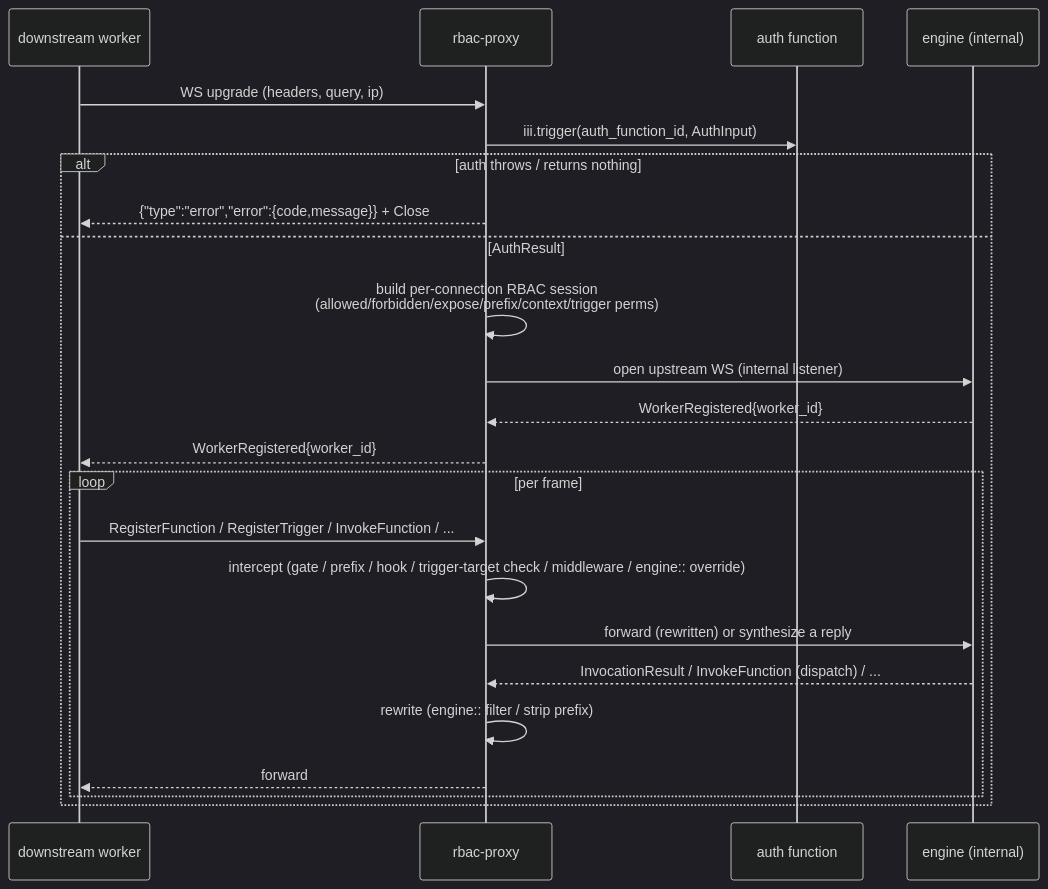
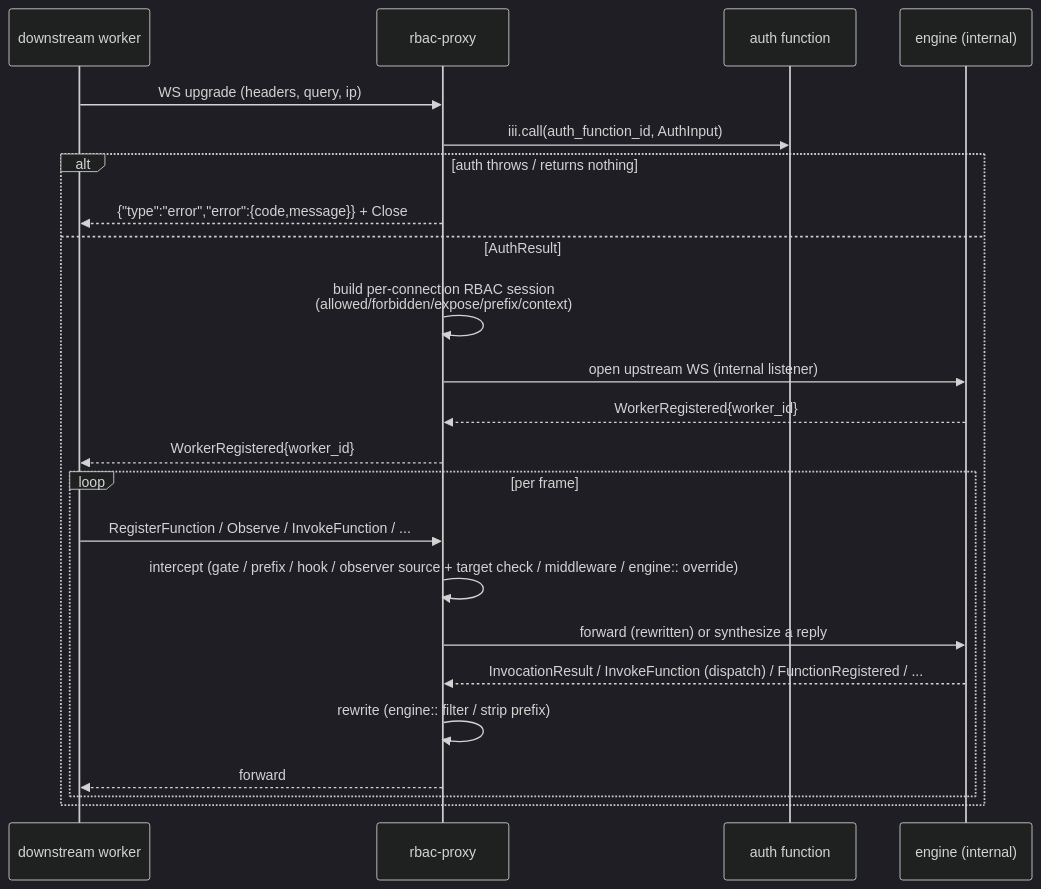
The second of 2 diagrams in tech-specs/2026-06-rbac-proxy-worker/README.md (iii-hq/workers), drawn with Mermaid (dark theme) before and after one commit. The commit also changed other lines of this file and 3315 other files, not shown here.

````diff
--- a/tech-specs/2026-06-rbac-proxy-worker/README.md
+++ b/tech-specs/2026-06-rbac-proxy-worker/README.md
@@ -117,26 +117,26 @@
 ```mermaid
 sequenceDiagram
   participant W as downstream worker
   participant P as rbac-proxy
   participant A as auth function
   participant E as engine (internal)
 
   W->>P: WS upgrade (headers, query, ip)
-  P->>A: iii.trigger(auth_function_id, AuthInput)
+  P->>A: iii.call(auth_function_id, AuthInput)
   alt auth throws / returns nothing
     P-->>W: {"type":"error","error":{code,message}} + Close
   else AuthResult
-    P->>P: build per-connection RBAC session<br/>(allowed/forbidden/expose/prefix/context/trigger perms)
+    P->>P: build per-connection RBAC session<br/>(allowed/forbidden/expose/prefix/context)
     P->>E: open upstream WS (internal listener)
     E-->>P: WorkerRegistered{worker_id}
     P-->>W: WorkerRegistered{worker_id}
     loop per frame
-      W->>P: RegisterFunction / RegisterTrigger / InvokeFunction / ...
-      P->>P: intercept (gate / prefix / hook / trigger-target check / middleware / engine:: override)
+      W->>P: RegisterFunction / Observe / InvokeFunction / ...
+      P->>P: intercept (gate / prefix / hook / observer source + target check / middleware / engine:: override)
       P->>E: forward (rewritten) or synthesize a reply
-      E-->>P: InvocationResult / InvokeFunction (dispatch) / ...
+      E-->>P: InvocationResult / InvokeFunction (dispatch) / FunctionRegistered / ...
       P->>P: rewrite (engine:: filter / strip prefix)
       P-->>W: forward
     end
   end
 ```
````
